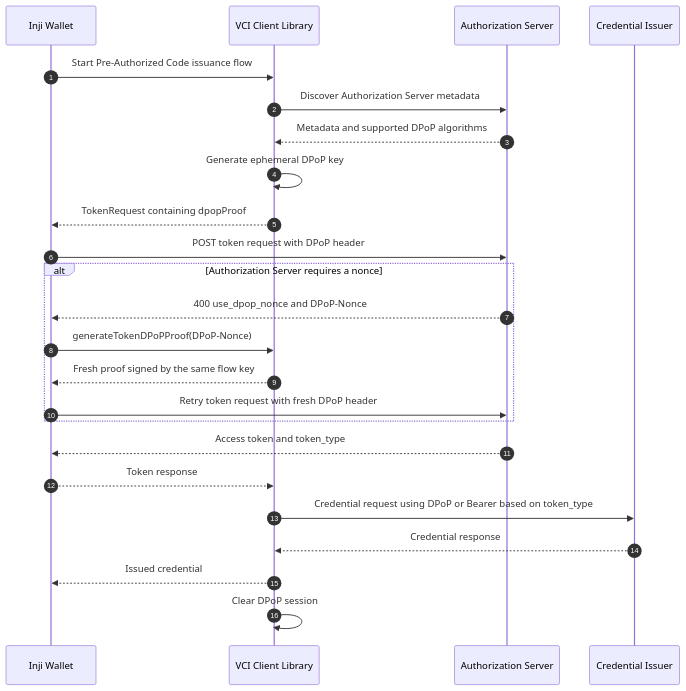
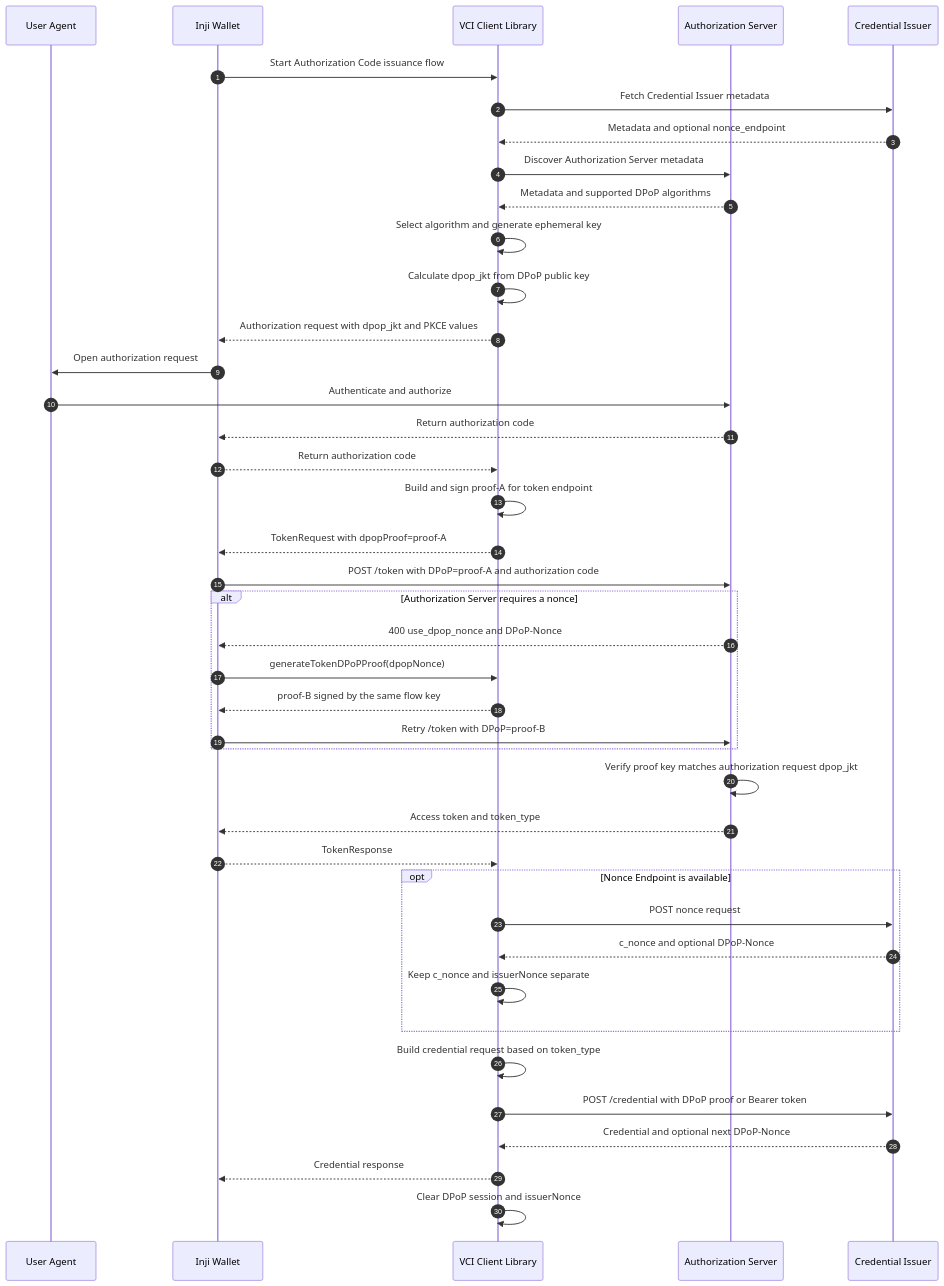
One commit to inji/inji-wallet changed the third of 9 diagrams in docs/dpop-support.md. Above: the diagram before and after it, drawn with Mermaid. The commit also changed other lines of this file, not shown here.

Commit message:
docs(dpop): restore complete flow diagrams

````diff
--- a/docs/dpop-support.md
+++ b/docs/dpop-support.md
@@ -159,27 +186,44 @@
 ```mermaid
 sequenceDiagram
   autonumber
+  participant U as User Agent
   participant W as Inji Wallet
   participant L as VCI Client Library
   participant AS as Authorization Server
   participant CI as Credential Issuer
 
-  W->>L: Start Pre-Authorized Code issuance flow
+  W->>L: Start Authorization Code issuance flow
+  L->>CI: Fetch Credential Issuer metadata
+  CI-->>L: Metadata and optional nonce_endpoint
   L->>AS: Discover Authorization Server metadata
   AS-->>L: Metadata and supported DPoP algorithms
-  L->>L: Generate ephemeral DPoP key
-  L-->>W: TokenRequest containing dpopProof
-  W->>AS: POST token request with DPoP header
+  L->>L: Select algorithm and generate ephemeral key
+  L->>L: Calculate dpop_jkt from DPoP public key
+  L-->>W: Authorization request with dpop_jkt and PKCE values
+  W->>U: Open authorization request
+  U->>AS: Authenticate and authorize
+  AS-->>W: Return authorization code
+  W-->>L: Return authorization code
+  L->>L: Build and sign proof-A for token endpoint
+  L-->>W: TokenRequest with dpopProof=proof-A
+  W->>AS: POST /token with DPoP=proof-A and authorization code
   alt Authorization Server requires a nonce
     AS-->>W: 400 use_dpop_nonce and DPoP-Nonce
-    W->>L: generateTokenDPoPProof(DPoP-Nonce)
-    L-->>W: Fresh proof signed by the same flow key
-    W->>AS: Retry token request with fresh DPoP header
+    W->>L: generateTokenDPoPProof(dpopNonce)
+    L-->>W: proof-B signed by the same flow key
+    W->>AS: Retry /token with DPoP=proof-B
   end
+  AS->>AS: Verify proof key matches authorization request dpop_jkt
   AS-->>W: Access token and token_type
-  W-->>L: Token response
-  L->>CI: Credential request using DPoP or Bearer based on token_type
-  CI-->>L: Credential response
-  L-->>W: Issued credential
-  L->>L: Clear DPoP session
+  W-->>L: TokenResponse
+  opt Nonce Endpoint is available
+    L->>CI: POST nonce request
+    CI-->>L: c_nonce and optional DPoP-Nonce
+    L->>L: Keep c_nonce and issuerNonce separate
+  end
+  L->>L: Build credential request based on token_type
+  L->>CI: POST /credential with DPoP proof or Bearer token
+  CI-->>L: Credential and optional next DPoP-Nonce
+  L-->>W: Credential response
+  L->>L: Clear DPoP session and issuerNonce
 ```
````
